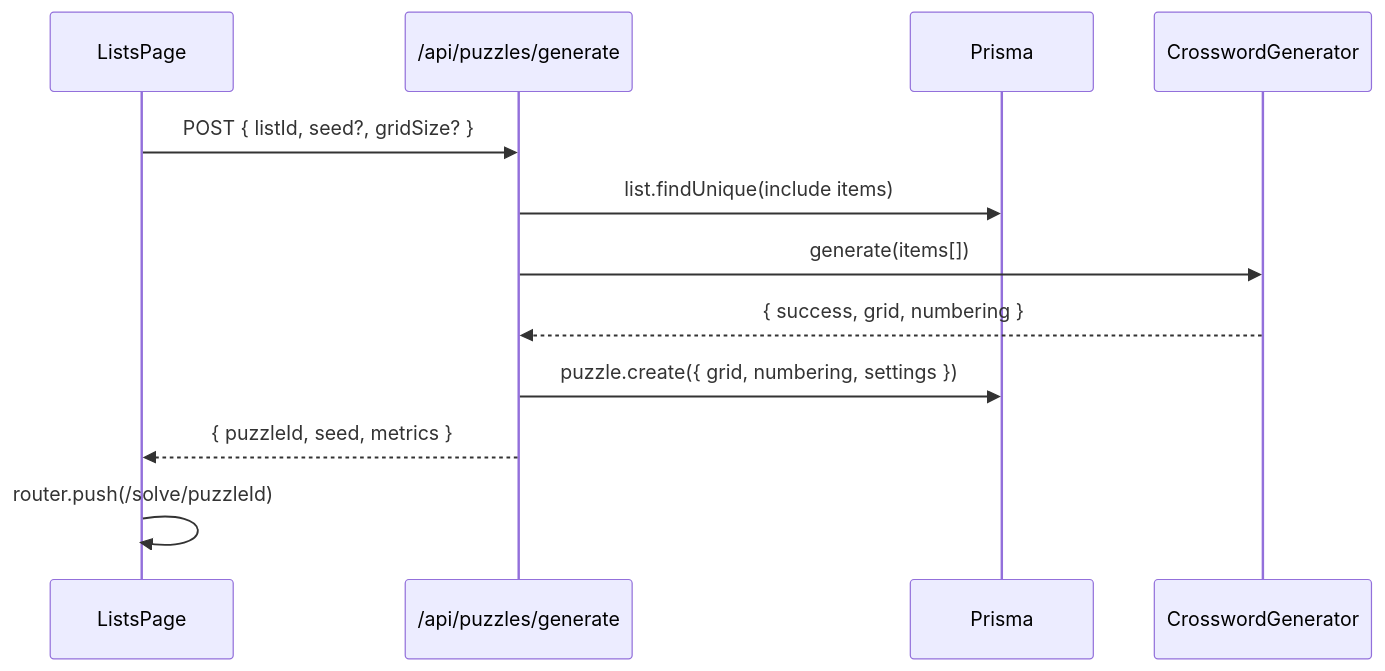
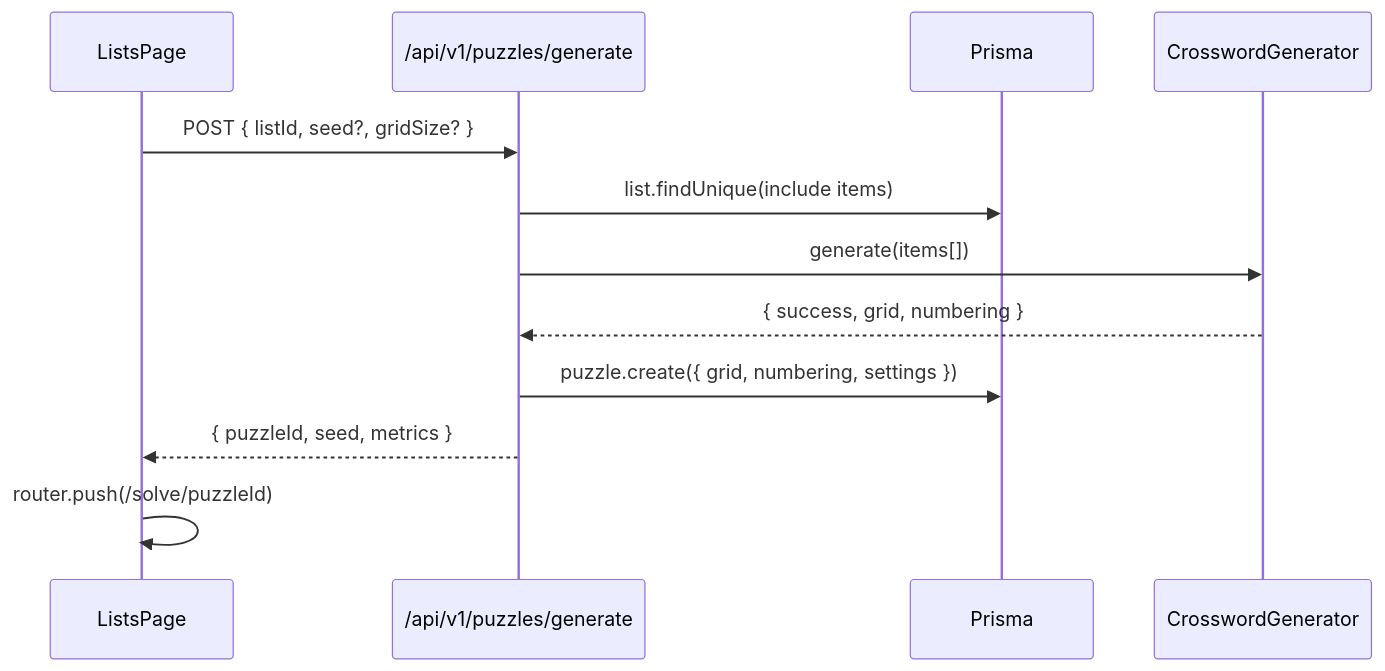
The third of 4 diagrams in docs/data_flow.md (dragondad22/CrossWise), drawn with Mermaid before and after one commit. The commit also changed other lines of this file and 29 other files, not shown here.

````diff
--- a/docs/data_flow.md
+++ b/docs/data_flow.md
@@ -54,15 +54,15 @@
 ```mermaid
 sequenceDiagram
     participant UI as ListsPage
-    participant API as /api/puzzles/generate
+    participant API as /api/v1/puzzles/generate
     participant Prisma
     participant Generator as CrosswordGenerator
 
     UI->>API: POST { listId, seed?, gridSize? }
     API->>Prisma: list.findUnique(include items)
     API->>Generator: generate(items[])
     Generator-->>API: { success, grid, numbering }
     API->>Prisma: puzzle.create({ grid, numbering, settings })
     API-->>UI: { puzzleId, seed, metrics }
     UI->>UI: router.push(/solve/puzzleId)
 ```
````
